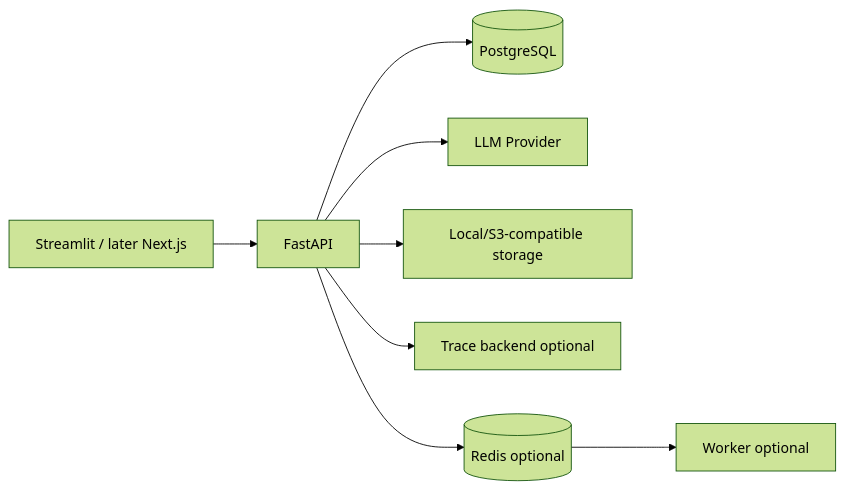
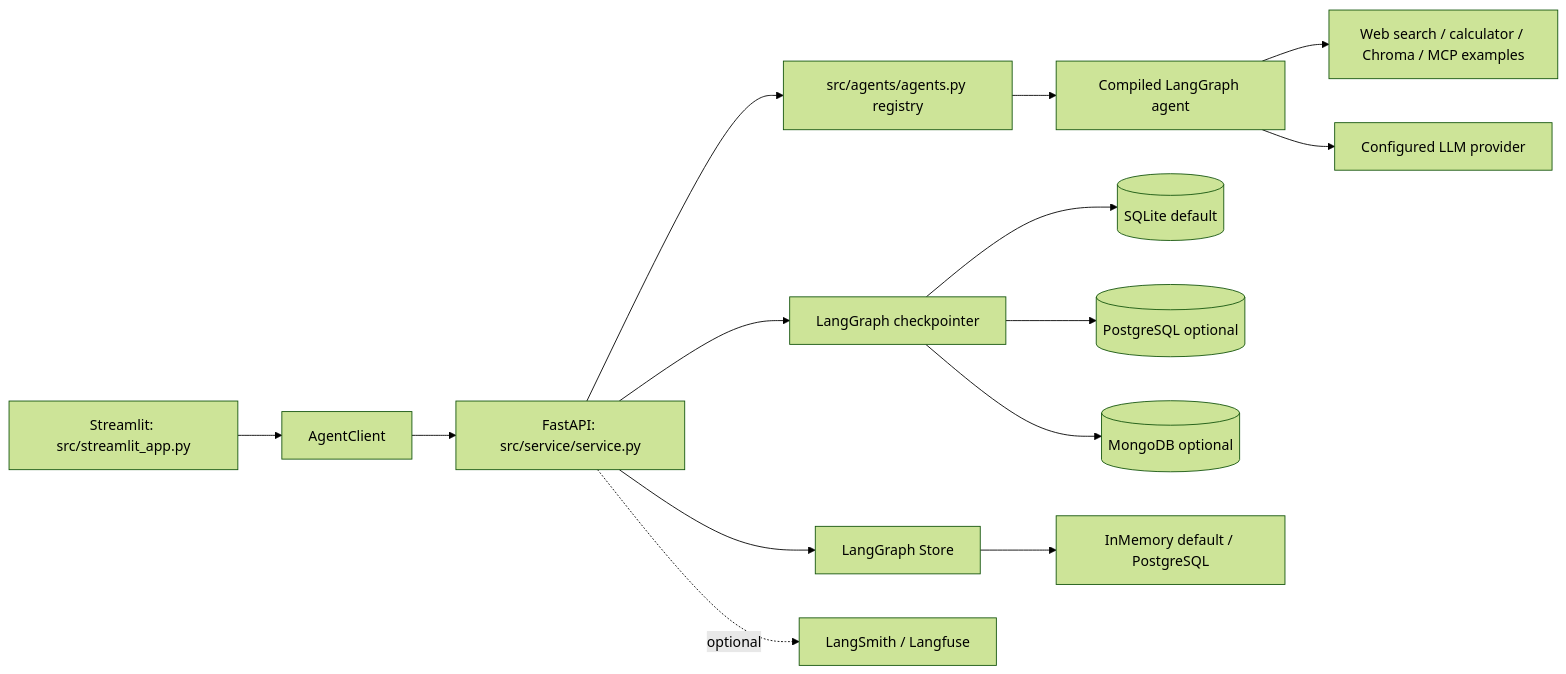
Before and after one commit to 2634499673lqh-gif/agent-service-toolkit: the diagram in docs/ARCHITECTURE.md, drawn with Mermaid (forest theme). The commit also changed other lines of this file and 8 other files, not shown here.

````diff
--- a/docs/ARCHITECTURE.md
+++ b/docs/ARCHITECTURE.md
@@ -54,10 +7,16 @@
 ```mermaid
 flowchart LR
-    UI[Streamlit / later Next.js] --> API[FastAPI]
-    API --> PG[(PostgreSQL)]
-    API --> LLM[LLM Provider]
-    API --> OBJ[Local/S3-compatible storage]
-    API --> TRACE[Trace backend optional]
-    API --> REDIS[(Redis optional)]
-    REDIS --> WORKER[Worker optional]
+    UI[Streamlit: src/streamlit_app.py] --> C[AgentClient]
+    C --> API[FastAPI: src/service/service.py]
+    API --> Registry[src/agents/agents.py registry]
+    Registry --> Graph[Compiled LangGraph agent]
+    Graph --> Tools[Web search / calculator / Chroma / MCP examples]
+    API --> CP[LangGraph checkpointer]
+    API --> Store[LangGraph Store]
+    CP --> SQLite[(SQLite default)]
+    CP --> PG[(PostgreSQL optional)]
+    CP --> Mongo[(MongoDB optional)]
+    Store --> Mem[InMemory default / PostgreSQL]
+    Graph --> LLM[Configured LLM provider]
+    API -. optional .-> Trace[LangSmith / Langfuse]
 ```
````
